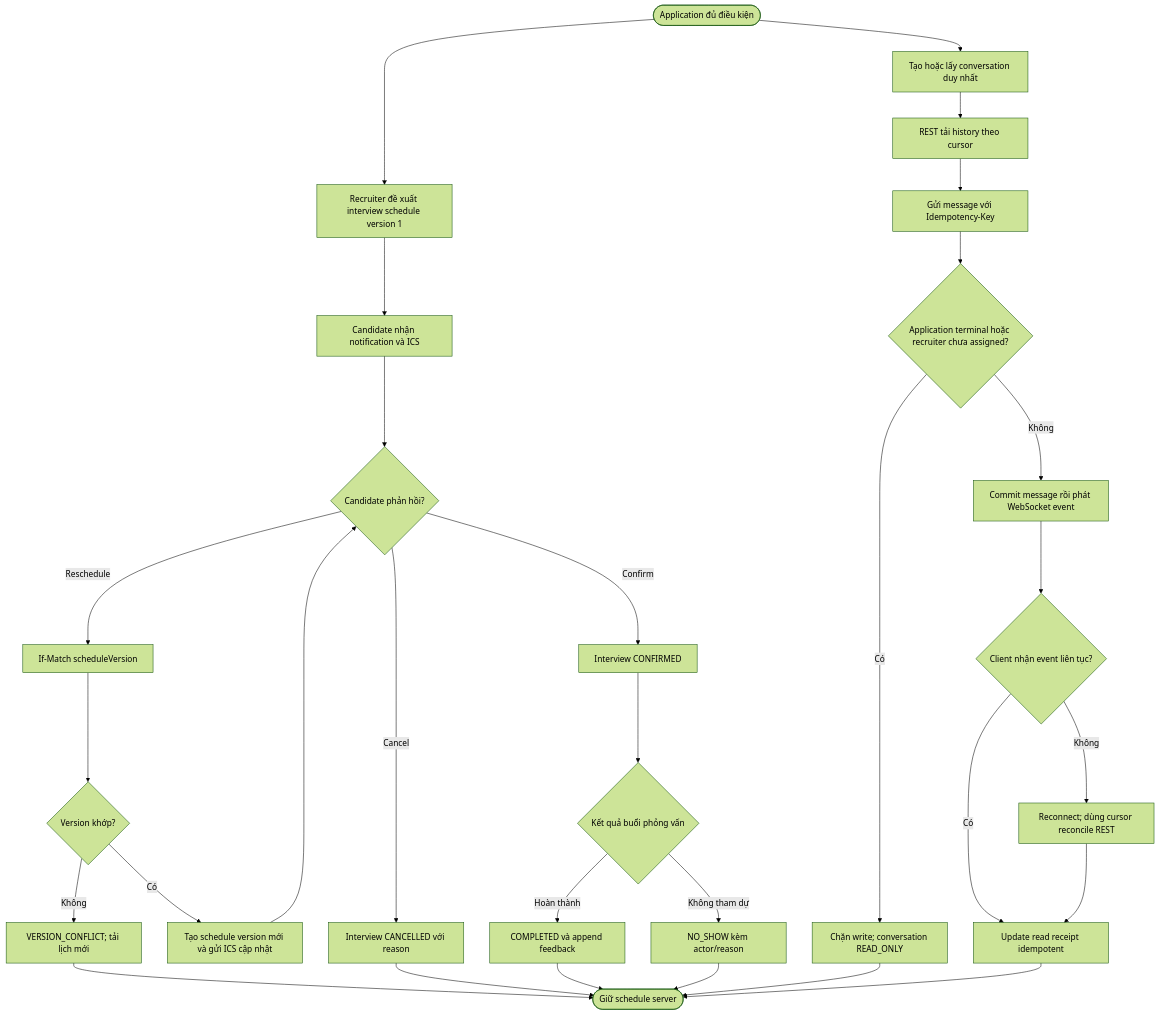
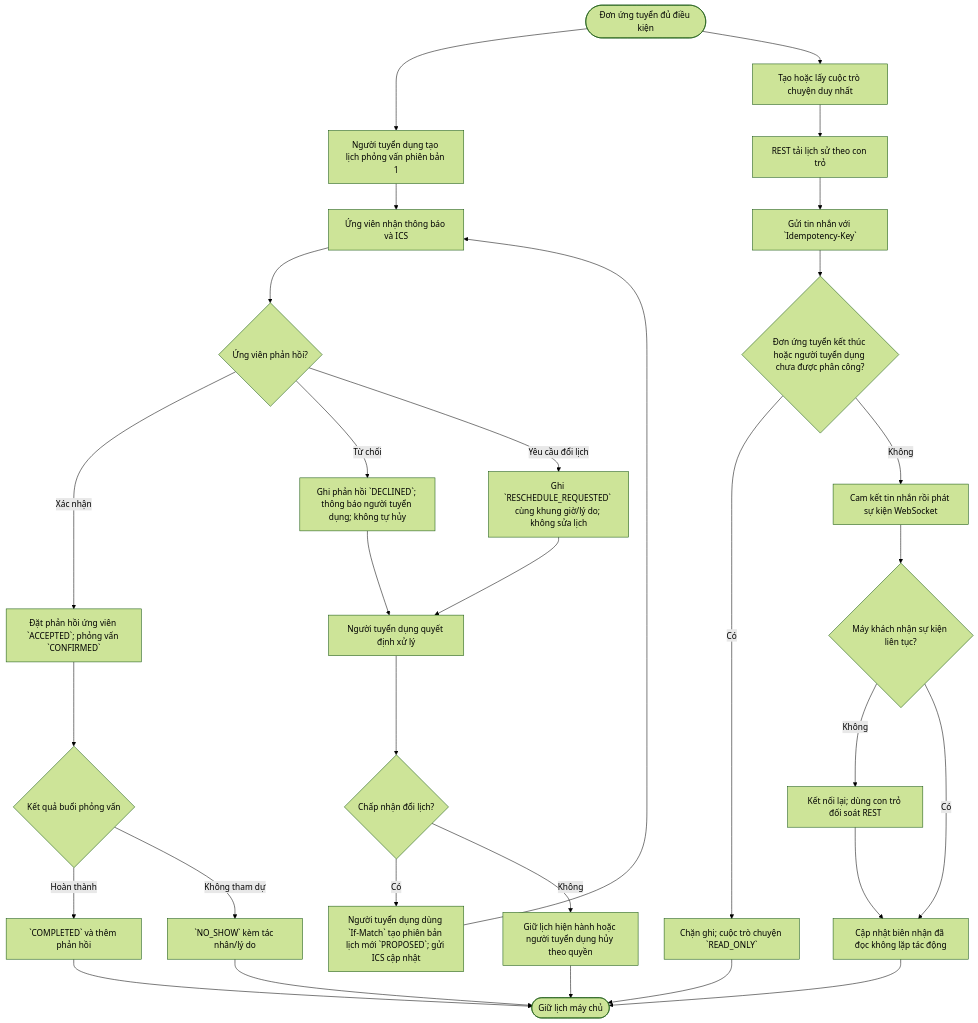
Diagram 15 of 47 in docs/BD/02_BIEU_DO_HE_THONG.md (daovanhung-dev/Study2Work), drawn with Mermaid (forest theme) before and after one commit. The commit also changed other lines of this file and 2295 other files, not shown here.

````diff
--- a/docs/BD/02_BIEU_DO_HE_THONG.md
+++ b/docs/BD/02_BIEU_DO_HE_THONG.md
@@ -630,32 +630,33 @@
 ```mermaid
 flowchart TD
-    A([Application đủ điều kiện]) --> B[Recruiter đề xuất interview schedule version 1]
-    B --> C[Candidate nhận notification và ICS]
-    C --> D{Candidate phản hồi?}
-    D -- Confirm --> E[Interview CONFIRMED]
-    D -- Reschedule --> F[If-Match scheduleVersion]
-    F --> G{Version khớp?}
-    G -- Không --> H[VERSION_CONFLICT; tải lịch mới]
-    G -- Có --> I[Tạo schedule version mới và gửi ICS cập nhật]
-    I --> D
-    D -- Cancel --> J[Interview CANCELLED với reason]
-    E --> K{Kết quả buổi phỏng vấn}
-    K -- Hoàn thành --> L[COMPLETED và append feedback]
-    K -- Không tham dự --> M[NO_SHOW kèm actor/reason]
-    A --> N[Tạo hoặc lấy conversation duy nhất]
-    N --> O[REST tải history theo cursor]
-    O --> P[Gửi message với Idempotency-Key]
-    P --> Q{Application terminal hoặc recruiter chưa assigned?}
-    Q -- Có --> R[Chặn write; conversation READ_ONLY]
-    Q -- Không --> S[Commit message rồi phát WebSocket event]
-    S --> T{Client nhận event liên tục?}
-    T -- Không --> U[Reconnect; dùng cursor reconcile REST]
-    T -- Có --> V[Update read receipt idempotent]
-    U --> V
-    H --> W([Giữ schedule server])
-    J --> W
-    L --> W
-    M --> W
-    R --> W
+    A([Đơn ứng tuyển đủ điều kiện]) --> B[Người tuyển dụng tạo lịch phỏng vấn phiên bản 1]
+    B --> C[Ứng viên nhận thông báo và ICS]
+    C --> D{Ứng viên phản hồi?}
+    D -- Xác nhận --> E[Đặt phản hồi ứng viên `ACCEPTED`; phỏng vấn `CONFIRMED`]
+    D -- Từ chối --> F[Ghi phản hồi `DECLINED`; thông báo người tuyển dụng; không tự hủy]
+    D -- Yêu cầu đổi lịch --> G[Ghi `RESCHEDULE_REQUESTED` cùng khung giờ/lý do; không sửa lịch]
+    F --> H[Người tuyển dụng quyết định xử lý]
+    G --> H
+    H --> I{Chấp nhận đổi lịch?}
+    I -- Có --> J[Người tuyển dụng dùng `If-Match` tạo phiên bản lịch mới `PROPOSED`; gửi ICS cập nhật]
+    J --> C
+    I -- Không --> K[Giữ lịch hiện hành hoặc người tuyển dụng hủy theo quyền]
+    E --> L{Kết quả buổi phỏng vấn}
+    L -- Hoàn thành --> M[`COMPLETED` và thêm phản hồi]
+    L -- Không tham dự --> N[`NO_SHOW` kèm tác nhân/lý do]
+    A --> O[Tạo hoặc lấy cuộc trò chuyện duy nhất]
+    O --> P[REST tải lịch sử theo con trỏ]
+    P --> Q[Gửi tin nhắn với `Idempotency-Key`]
+    Q --> R{Đơn ứng tuyển kết thúc hoặc người tuyển dụng chưa được phân công?}
+    R -- Có --> S[Chặn ghi; cuộc trò chuyện `READ_ONLY`]
+    R -- Không --> T[Cam kết tin nhắn rồi phát sự kiện WebSocket]
+    T --> U{Máy khách nhận sự kiện liên tục?}
+    U -- Không --> V[Kết nối lại; dùng con trỏ đối soát REST]
+    U -- Có --> W[Cập nhật biên nhận đã đọc không lặp tác động]
     V --> W
+    K --> X([Giữ lịch máy chủ])
+    M --> X
+    N --> X
+    S --> X
+    W --> X
 ```
````
